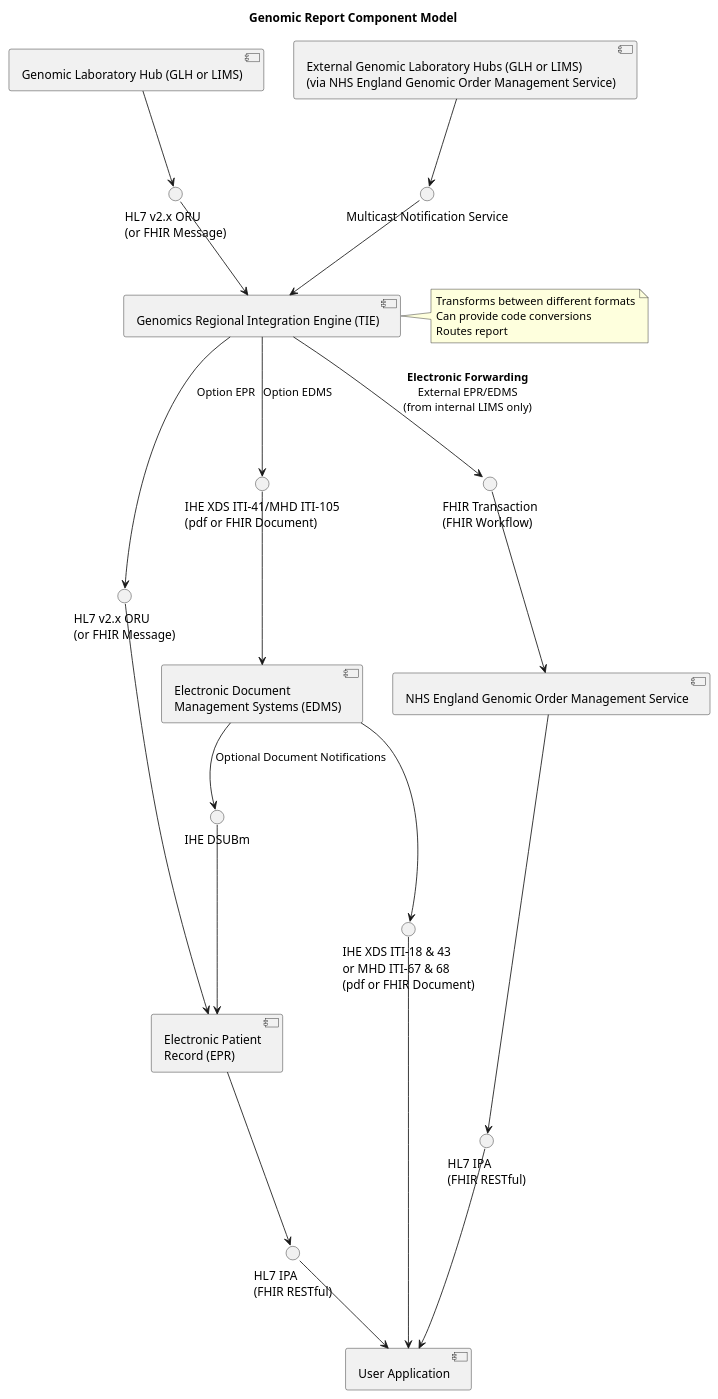
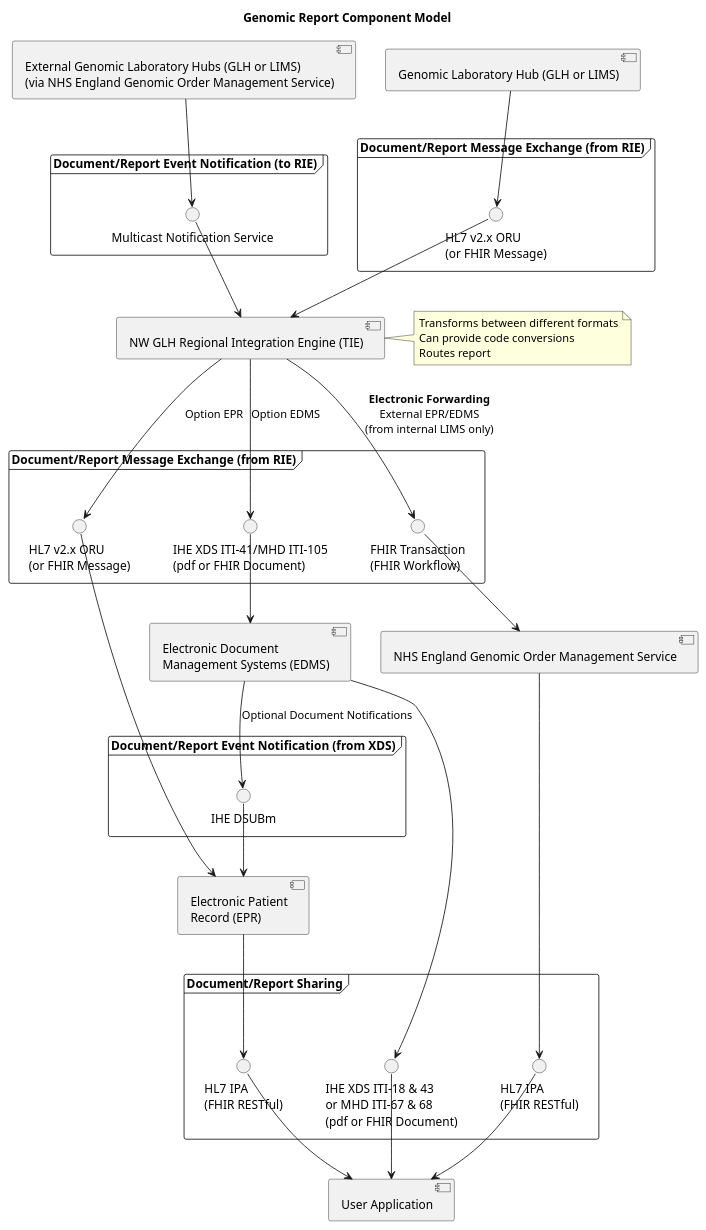
One commit to nw-gmsa/nw-gmsa.github.com changed the diagram in input/images-source/reports-component.plantuml. Above: the diagram before and after it, drawn with PlantUML.

Commit message:
Changed terminology to match NHSE FHIR IG

```diff
--- a/input/images-source/reports-component.plantuml
+++ b/input/images-source/reports-component.plantuml
@@ -1,61 +1,77 @@
 @startuml
 
 title "Genomic Report Component Model"
 
 component "Genomic Laboratory Hub (GLH or LIMS)" as LIMS
 component "External Genomic Laboratory Hubs (GLH or LIMS)\n(via NHS England Genomic Order Management Service)" as xLIMS
 
 component "Electronic Patient\nRecord (EPR)" as EPR
 
 component "Electronic Document\nManagement Systems (EDMS)" as EDMS
 
-component "Genomics Regional Integration Engine (TIE)" as TIE
+component "NW GLH Regional Integration Engine (TIE)" as TIE
 component "NHS England Genomic Order Management Service" as GOMS
 
-interface "HL7 v2.x ORU\n(or FHIR Message)" as HL7_ORU1
-interface "HL7 v2.x ORU\n(or FHIR Message)" as HL7_ORU2
-interface "Multicast Notification Service" as MNS
-interface "FHIR Transaction\n(FHIR Workflow)" as Transaction
-interface "IHE XDS ITI-41/MHD ITI-105\n(pdf or FHIR Document)" as MHD105
-interface "HL7 IPA\n(FHIR RESTful)" as IPA
-interface "IHE XDS ITI-18 & 43\nor MHD ITI-67 & 68\n(pdf or FHIR Document)" as MHD67
+frame "Document/Report Event Notification (to RIE)" as xNofify1 {
+ interface "Multicast Notification Service" as MNS
+}
+frame "Document/Report Event Notification (from XDS)" as xNofify2 {
+interface "IHE DSUBm" as DSUBm
+}
 
-interface "HL7 IPA\n(FHIR RESTful)" as IPA2
+frame "Document/Report Message Exchange (from RIE)" as xChange1 {
+ interface "HL7 v2.x ORU\n(or FHIR Message)" as HL7_ORU1
+}
 
-interface "IHE DSUBm" as DSUBm
+frame "Document/Report Message Exchange (from RIE)" as xChange2 {
+
+ interface "HL7 v2.x ORU\n(or FHIR Message)" as HL7_ORU2
+ interface "IHE XDS ITI-41/MHD ITI-105\n(pdf or FHIR Document)" as MHD105
+ interface "FHIR Transaction\n(FHIR Workflow)" as Transaction
+}
+
+
+frame "Document/Report Sharing" as xShare {
+  interface "HL7 IPA\n(FHIR RESTful)" as IPA
+  interface "IHE XDS ITI-18 & 43\nor MHD ITI-67 & 68\n(pdf or FHIR Document)" as MHD67
+  interface "HL7 IPA\n(FHIR RESTful)" as IPA2
+}
+
+
+
 
 component "User Application" as user
 
 LIMS -d-> HL7_ORU1
 HL7_ORU1 -d-> TIE
 
 xLIMS -d-> MNS
 MNS -d-> TIE
 
 TIE -d-> HL7_ORU2 : Option EPR
 HL7_ORU2 -d-> EPR
 
 TIE -d-> MHD105 : Option EDMS
 MHD105 -d-> EDMS
 
 TIE -d-> Transaction : **Electronic Forwarding**\nExternal EPR/EDMS\n(from internal LIMS only)
 Transaction -d-> GOMS
 GOMS -d-> IPA2
 
 EDMS -d-> MHD67
 EPR -d-> IPA
 
 IPA -d-> user
 MHD67 -d-> user
 IPA2 -d-> user
 
 EDMS --> DSUBm : Optional Document Notifications
 DSUBm --> EPR
 
 note right of TIE
 Transforms between different formats
 Can provide code conversions
 Routes report
 end note
 
 @enduml
```
